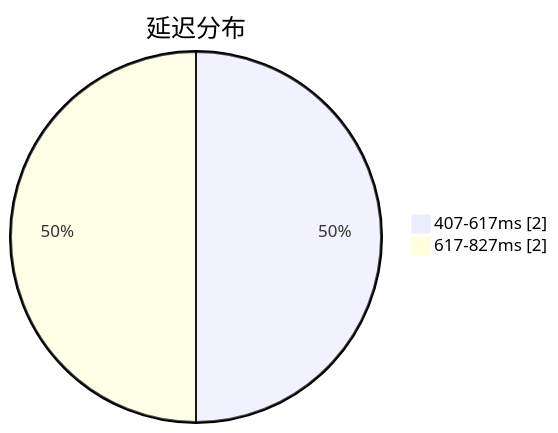
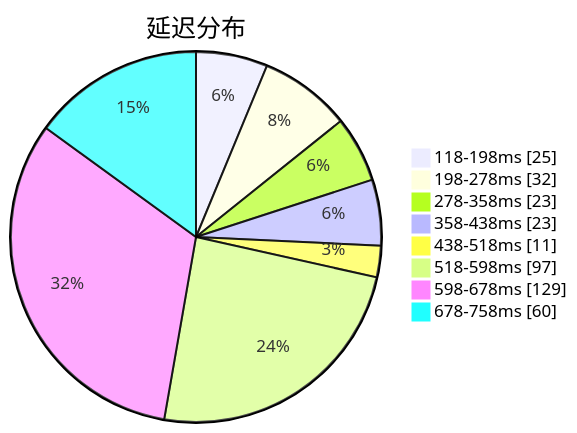
The first of 3 diagrams in subs/statistics/tested_within.md (qjlxg/airport), drawn with Mermaid before and after one commit. The commit also changed other lines of this file and 2 other files, not shown here.

Commit message:
Tested by metaST

````diff
--- a/subs/statistics/tested_within.md
+++ b/subs/statistics/tested_within.md
@@ -2,6 +2,12 @@
 ```mermaid
 pie showData
 title 延迟分布
-"407-617ms" : 2
-"617-827ms" : 2
+"118-198ms" : 25
+"198-278ms" : 32
+"278-358ms" : 23
+"358-438ms" : 23
+"438-518ms" : 11
+"518-598ms" : 97
+"598-678ms" : 129
+"678-758ms" : 60
 ```
````
